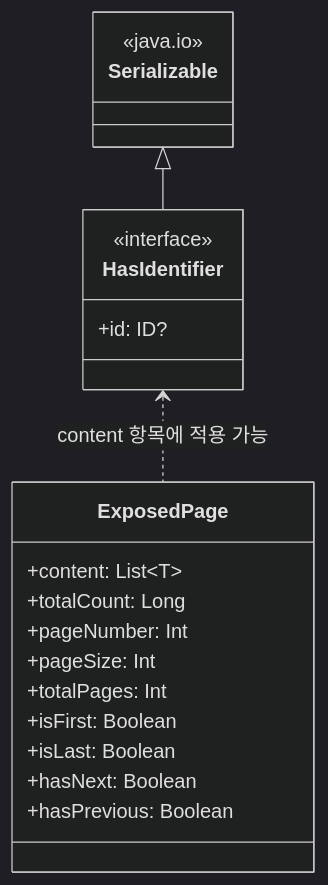
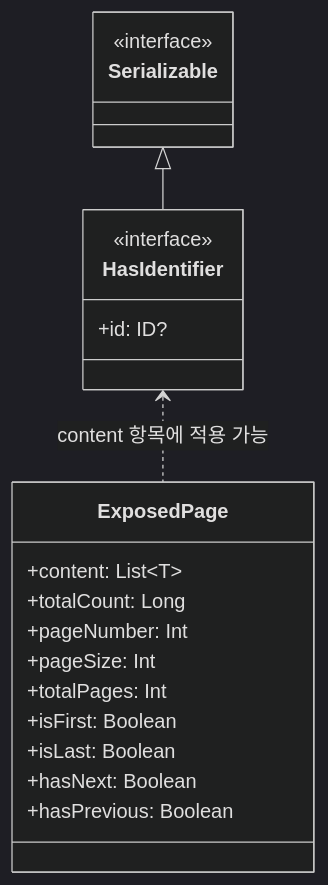
The fourth of 5 diagrams in data/exposed-core/README.md (bluetape4k/bluetape4k-projects), drawn with Mermaid (dark theme) before and after one commit. The commit also changed other lines of this file and 95 other files, not shown here.

First line of the commit message:
docs: Mermaid 파서 오류 전체 수정 (IntelliJ IDEA 호환)

````diff
--- a/data/exposed-core/README.md
+++ b/data/exposed-core/README.md
@@ -343,24 +336,24 @@
 ```mermaid
 classDiagram
     class HasIdentifier {
         <<interface>>
         +id: ID?
     }
     class ExposedPage {
         +content: List~T~
         +totalCount: Long
         +pageNumber: Int
         +pageSize: Int
         +totalPages: Int
         +isFirst: Boolean
         +isLast: Boolean
         +hasNext: Boolean
         +hasPrevious: Boolean
     }
     class Serializable {
-<<java.io>>
-}
+        <<interface>>
+    }
 
 Serializable <|-- HasIdentifier
 HasIdentifier <.. ExposedPage: content 항목에 적용 가능
 ```
````
